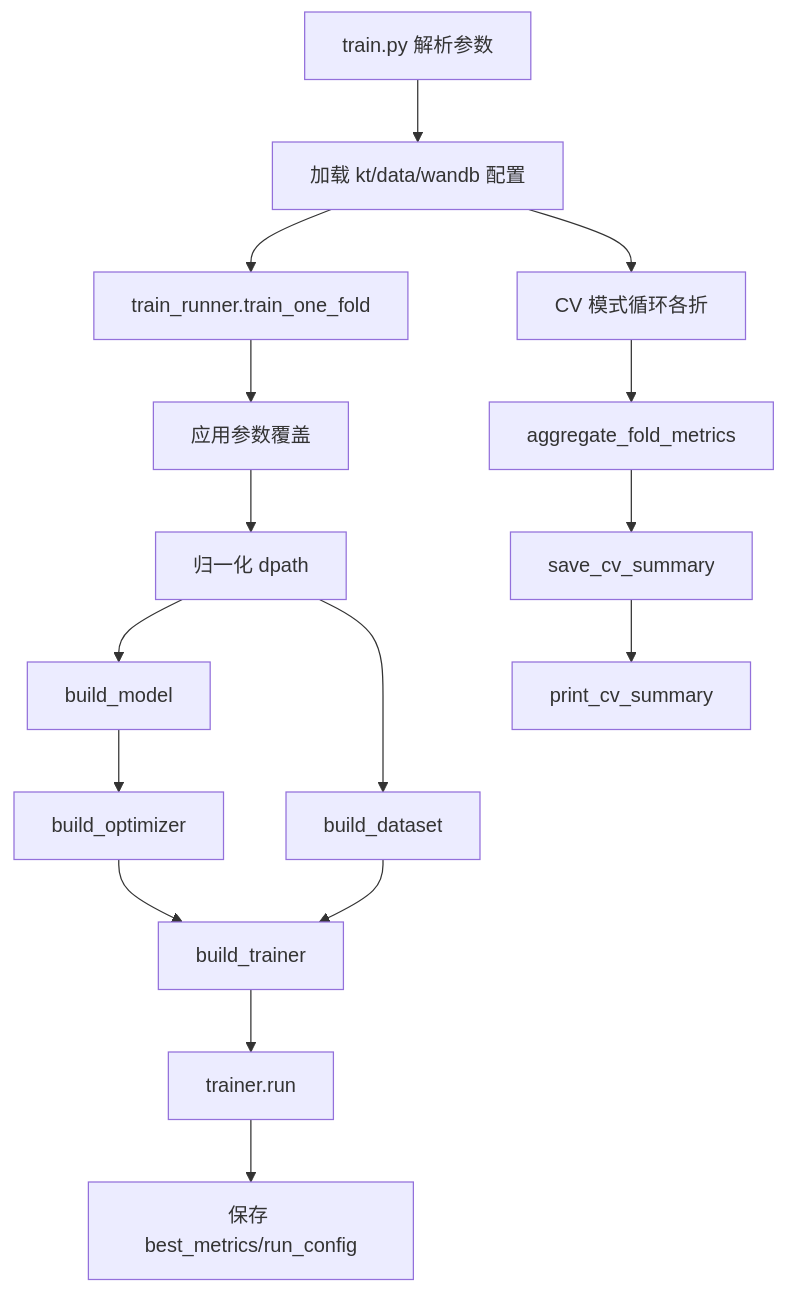
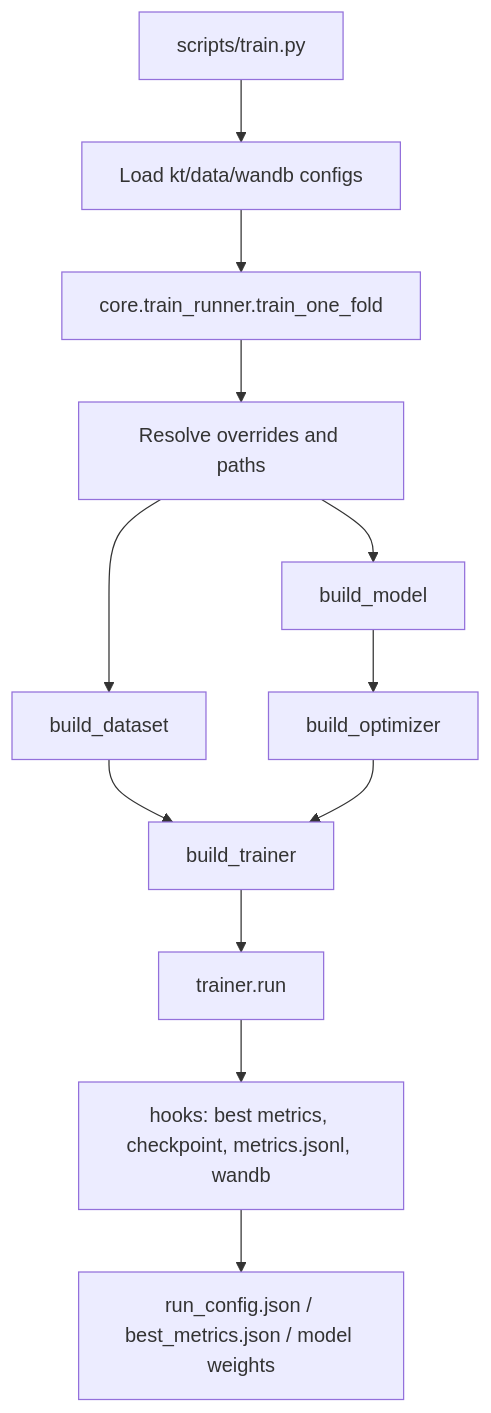
The first of 2 diagrams in docs/architecture.md (Code-Kuangkuang/kt-toolkit), drawn with Mermaid before and after one commit. The commit also changed other lines of this file and 79 other files, not shown here.

````diff
--- a/docs/architecture.md
+++ b/docs/architecture.md
@@ -85,18 +20,14 @@
 ```mermaid
 flowchart TD
-   A[train.py 解析参数] --> B[加载 kt/data/wandb 配置]
-   B --> C[train_runner.train_one_fold]
-   C --> D[应用参数覆盖]
-   D --> E[归一化 dpath]
-   E --> F[build_model]
-   E --> G[build_dataset]
-   F --> H[build_optimizer]
-   G --> I[build_trainer]
-   H --> I
-   I --> J[trainer.run]
-   J --> K[保存 best_metrics/run_config]
-   B --> L[CV 模式循环各折]
-   L --> M[aggregate_fold_metrics]
-   M --> N[save_cv_summary]
-   N --> O[print_cv_summary]
+  A["scripts/train.py"] --> B["Load kt/data/wandb configs"]
+  B --> C["core.train_runner.train_one_fold"]
+  C --> D["Resolve overrides and paths"]
+  D --> E["build_model"]
+  D --> F["build_dataset"]
+  E --> G["build_optimizer"]
+  F --> H["build_trainer"]
+  G --> H
+  H --> I["trainer.run"]
+  I --> J["hooks: best metrics, checkpoint, metrics.jsonl, wandb"]
+  J --> K["run_config.json / best_metrics.json / model weights"]
 ```
````
